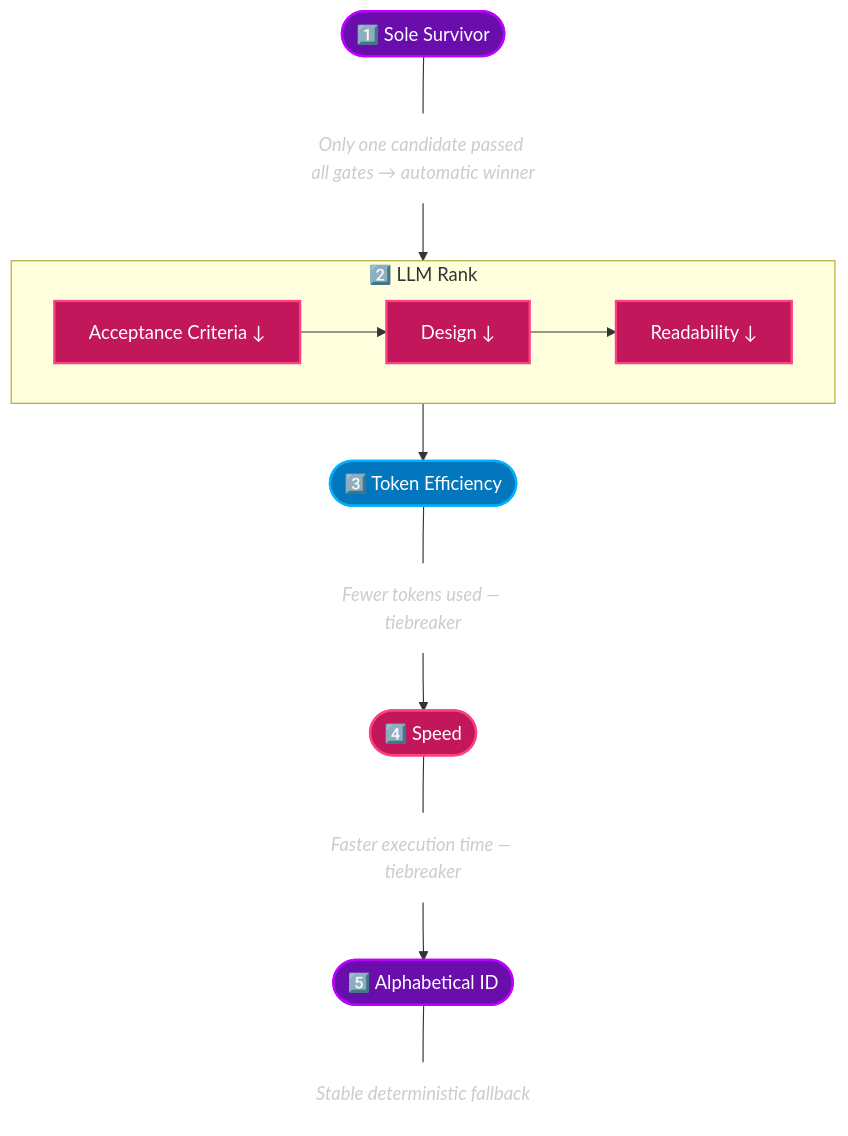
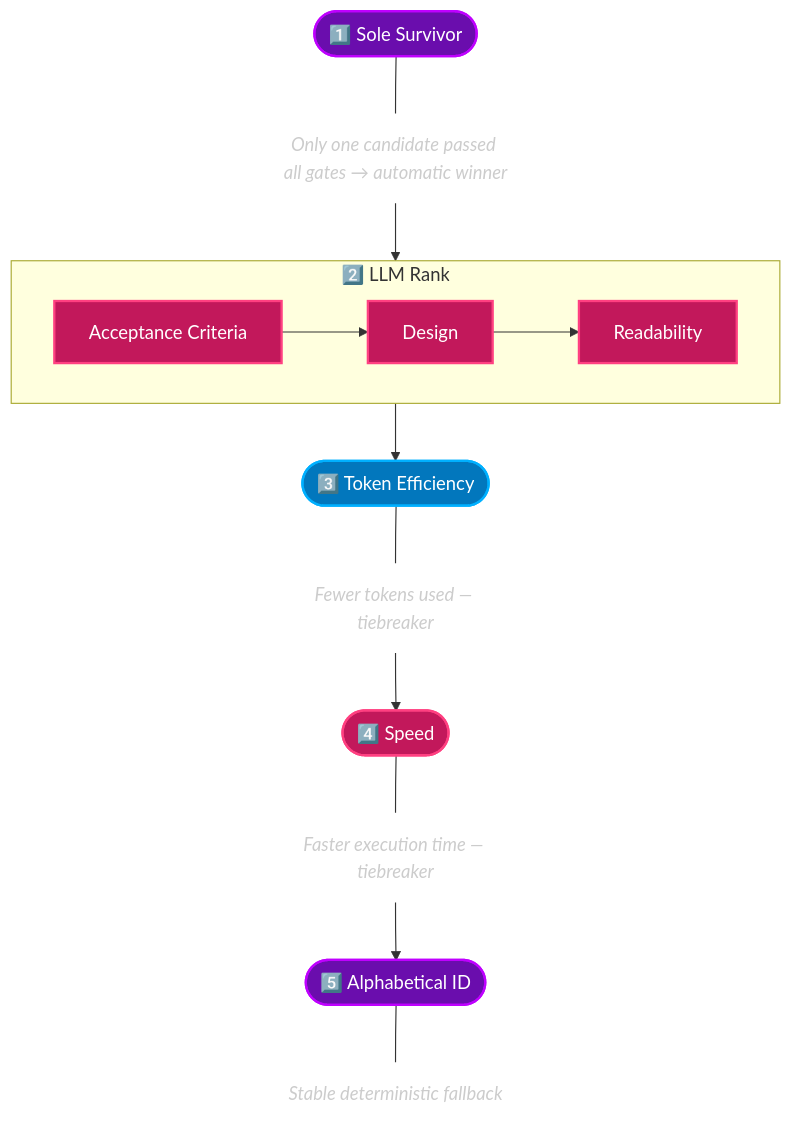
The third of 3 diagrams in README.md (azurenerd/VirtualDevTeam), drawn with Mermaid before and after one commit.

Commit message:
Remove confusing down arrows from LLM Rank criteria labels
The descending-sort arrows were unclear without context. The left-to-right
flow already communicates priority order.

````diff
--- a/README.md
+++ b/README.md
@@ -334,34 +334,34 @@
 ```mermaid
 flowchart TB
     S1(["1️⃣ Sole Survivor"])
     S1D["Only one candidate passed all gates → automatic winner"]
 
     subgraph S2G["2️⃣ LLM Rank"]
         direction LR
-        AC["Acceptance Criteria ↓"] --> DS["Design ↓"] --> RD["Readability ↓"]
+        AC["Acceptance Criteria"] --> DS["Design"] --> RD["Readability"]
     end
 
     S3(["3️⃣ Token Efficiency"])
     S3D["Fewer tokens used — tiebreaker"]
 
     S4(["4️⃣ Speed"])
     S4D["Faster execution time — tiebreaker"]
 
     S5(["5️⃣ Alphabetical ID"])
     S5D["Stable deterministic fallback"]
 
     S1 --- S1D --> S2G --> S3
     S3 --- S3D --> S4
     S4 --- S4D --> S5 --- S5D
 
     classDef purple fill:#6a0dad,stroke:#bf00ff,stroke-width:2px,color:#fff
     classDef pink fill:#c2185b,stroke:#ff4081,stroke-width:2px,color:#fff
     classDef blue fill:#0277bd,stroke:#00b0ff,stroke-width:2px,color:#fff
     classDef desc fill:none,stroke:none,color:#ccc,font-style:italic
 
     class S1,S5 purple
     class AC,DS,RD pink
     class S3 blue
     class S4 pink
     class S1D,S3D,S4D,S5D desc
 ```
````
